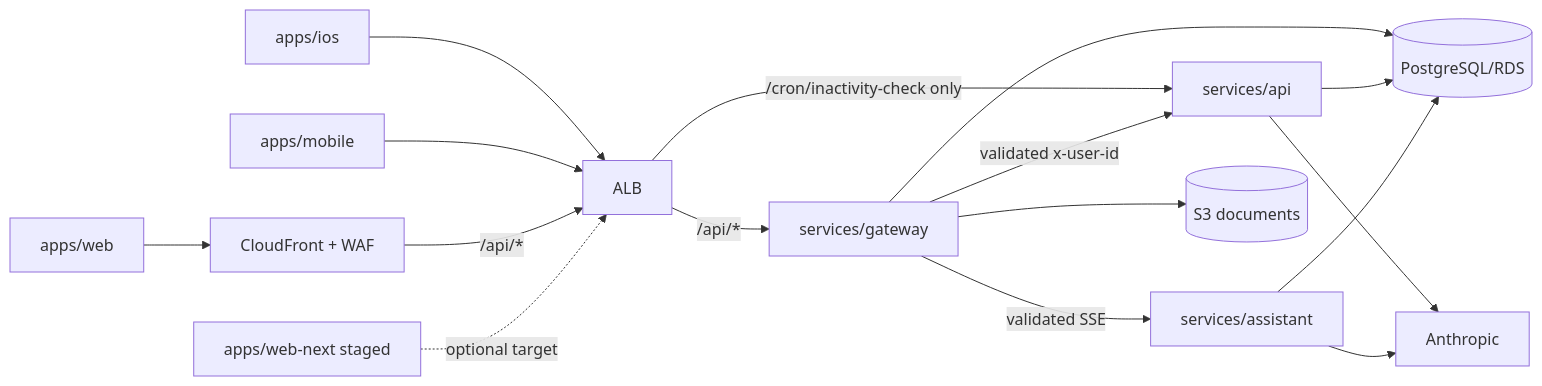
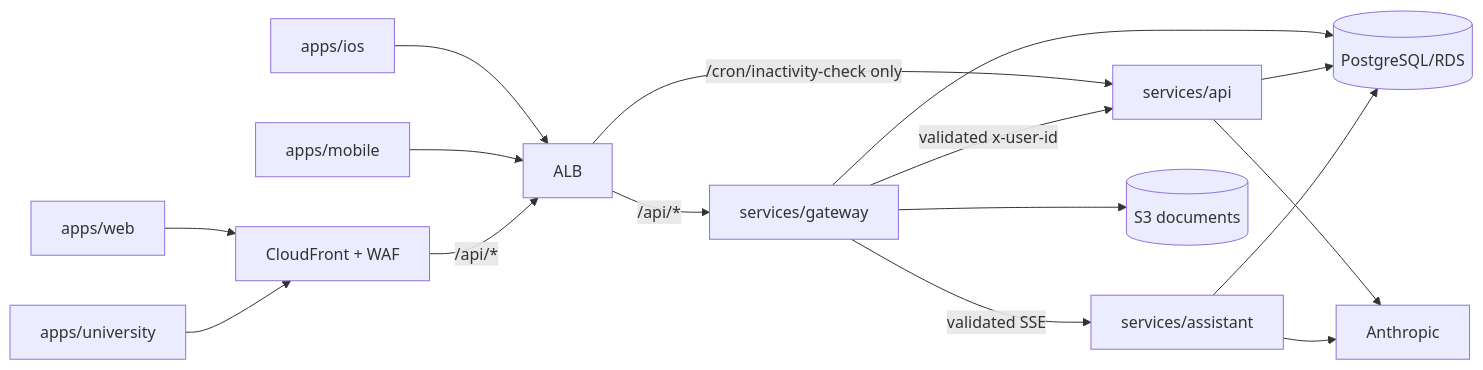
The diagram in .kiro/skills/architecture-trace/references/system-map.md (reddy-sh/pattadar-platform), drawn with Mermaid before and after one commit. The commit also changed other lines of this file and 442 other files, not shown here.

````diff
--- a/.kiro/skills/architecture-trace/references/system-map.md
+++ b/.kiro/skills/architecture-trace/references/system-map.md
@@ -28,15 +28,15 @@
 ```mermaid
 flowchart LR
   WEB[apps/web] --> EDGE[CloudFront + WAF]
   IOS[apps/ios] --> ALB[ALB]
   MOB[apps/mobile] --> ALB
+  UNI[apps/university] --> EDGE
   EDGE -->|/api/*| ALB
   ALB -->|/api/*| GW[services/gateway]
   ALB -->|/cron/inactivity-check only| API[services/api]
   GW -->|validated x-user-id| API
   GW -->|validated SSE| AST[services/assistant]
   GW --> S3[(S3 documents)]
   GW & API & AST --> PG[(PostgreSQL/RDS)]
   API & AST --> ANT[Anthropic]
-  NEXT[apps/web-next staged] -. optional target .-> ALB
 ```
````
